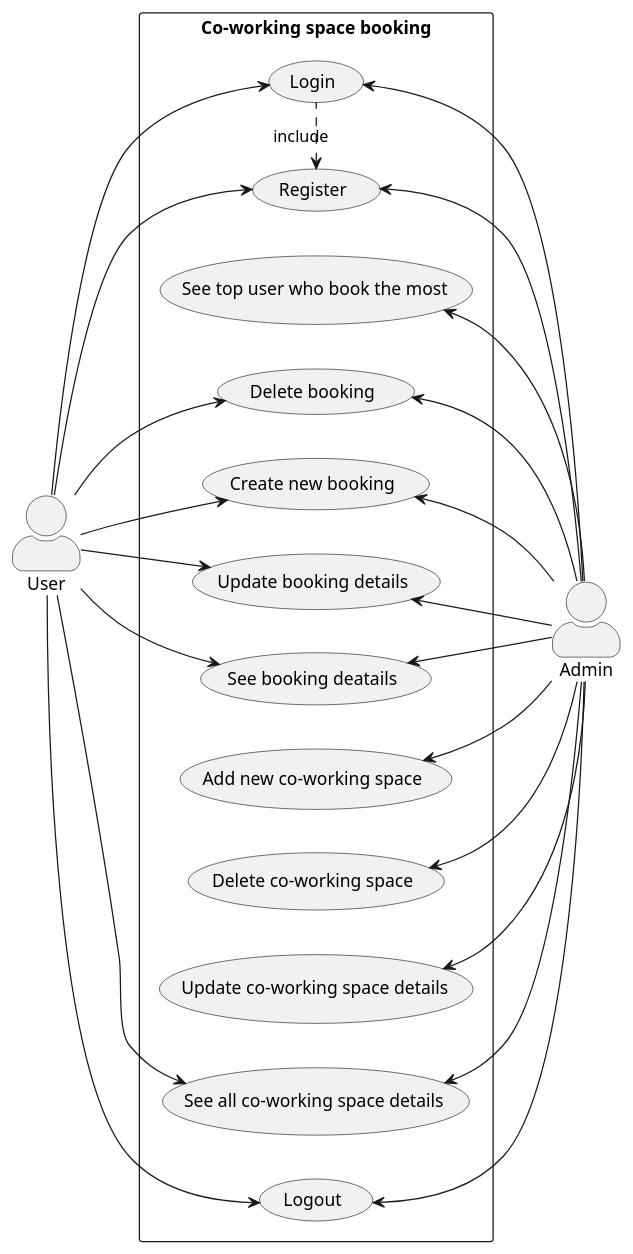
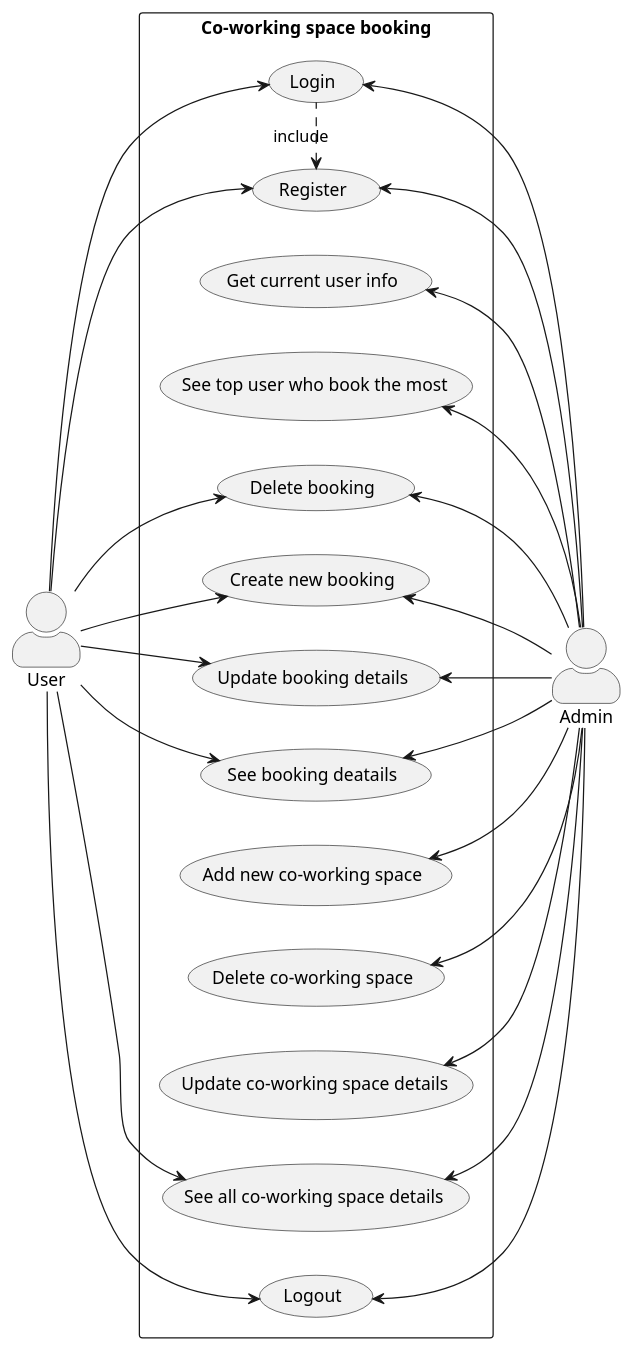
The diagram in caseDiagram.puml (2110503TACEDT66/presentation-day-1-nongearnproject), drawn with PlantUML before and after one commit. The commit also changed 15 other files, not shown here.

Commit message:
change name case diagram

```diff
--- a/caseDiagram.puml
+++ b/caseDiagram.puml
@@ -1,54 +1,56 @@
-@startuml case diagram
+@startuml Case Diagram
 skinparam actorStyle awesome
 left to right direction
 actor "User" as fc
 actor "Admin" as ad
 rectangle "Co-working space booking" {
   usecase "Register" as UC1
   usecase "Login" as UC2
   usecase "Logout" as UC3
   usecase "See all co-working space details" as UC5
   usecase "Update co-working space details" as UC6
   usecase "Delete co-working space" as UC7
   usecase "Add new co-working space" as UC8
   usecase "See booking deatails" as UC9
   usecase "Update booking details" as UC10
   usecase "Create new booking" as UC11
   usecase "Delete booking" as UC12
   usecase "See top user who book the most" as UC13
+  usecase "Get current user info" as UC14
 }
 UC1 <. UC2 : include
 ' UC2 <. UC3 : include
 ' UC2 <. UC5 : include
 ' UC2 <. UC6 : include
 ' UC2 <. UC7 : include
 ' UC2 <. UC8 : include
 ' UC2 <. UC9 : include
 ' UC2 <. UC10 : include
 ' UC2 <. UC11 : include
 ' UC2 <. UC12 : include
 ' UC2 <. UC13 : include
 
 ad -up-> UC1
 ad -up-> UC2
 ad -up-> UC3
 ad -up-> UC5
 ad -up-> UC6
 ad -up-> UC7
 ad -up-> UC8
 ad -up-> UC9
 ad -up-> UC10
 ad -up-> UC11
 ad -up-> UC12
 ad -up-> UC13
+ad -up-> UC14
 
 fc --> UC1
 fc --> UC2
 fc --> UC3
 fc --> UC5
 fc --> UC9
 fc --> UC10
 fc --> UC12
 fc --> UC11
 
 @enduml
```
